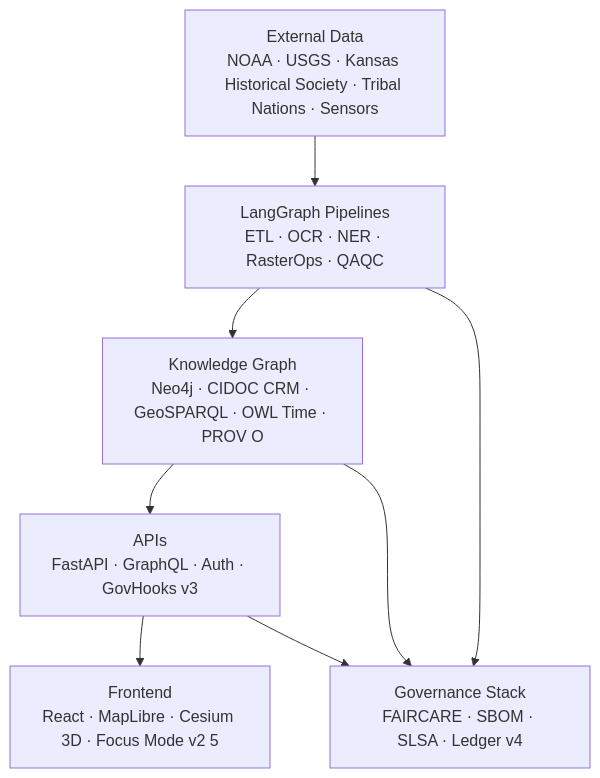
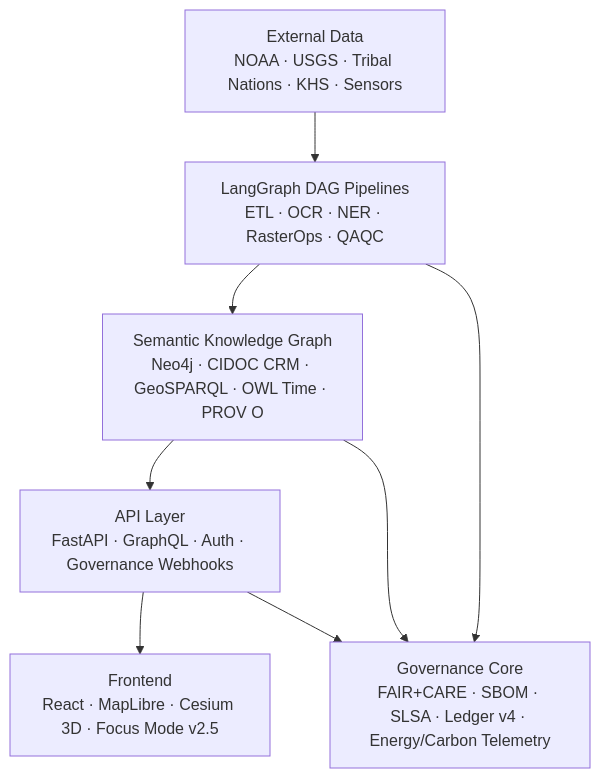
One commit to bartytime4life/Kansas-Frontier-Matrix changed the first of 4 diagrams in README.md. Above: the diagram before and after it, drawn with Mermaid. The commit also changed other lines of this file, not shown here.

`````diff
--- a/README.md
+++ b/README.md
@@ -82,10 +71,10 @@
 ```mermaid
 flowchart TD
-  A[External Data<br/>NOAA · USGS · Kansas Historical Society · Tribal Nations · Sensors] --> B[LangGraph Pipelines<br/>ETL · OCR · NER · RasterOps · QAQC]
-  B --> C[Knowledge Graph<br/>Neo4j · CIDOC CRM · GeoSPARQL · OWL Time · PROV O]
-  C --> D[APIs<br/>FastAPI · GraphQL · Auth · GovHooks v3]
-  D --> E[Frontend<br/>React · MapLibre · Cesium 3D · Focus Mode v2 5]
-  B --> F[Governance Stack<br/>FAIRCARE · SBOM · SLSA · Ledger v4]
+  A[External Data<br/>NOAA · USGS · Tribal Nations · KHS · Sensors] --> B[LangGraph DAG Pipelines<br/>ETL · OCR · NER · RasterOps · QAQC]
+  B --> C[Semantic Knowledge Graph<br/>Neo4j · CIDOC CRM · GeoSPARQL · OWL Time · PROV O]
+  C --> D[API Layer<br/>FastAPI · GraphQL · Auth · Governance Webhooks]
+  D --> E[Frontend<br/>React · MapLibre · Cesium 3D · Focus Mode v2.5]
+  B --> F[Governance Core<br/>FAIR+CARE · SBOM · SLSA · Ledger v4 · Energy/Carbon Telemetry]
   C --> F
   D --> F
-```
+````
`````
